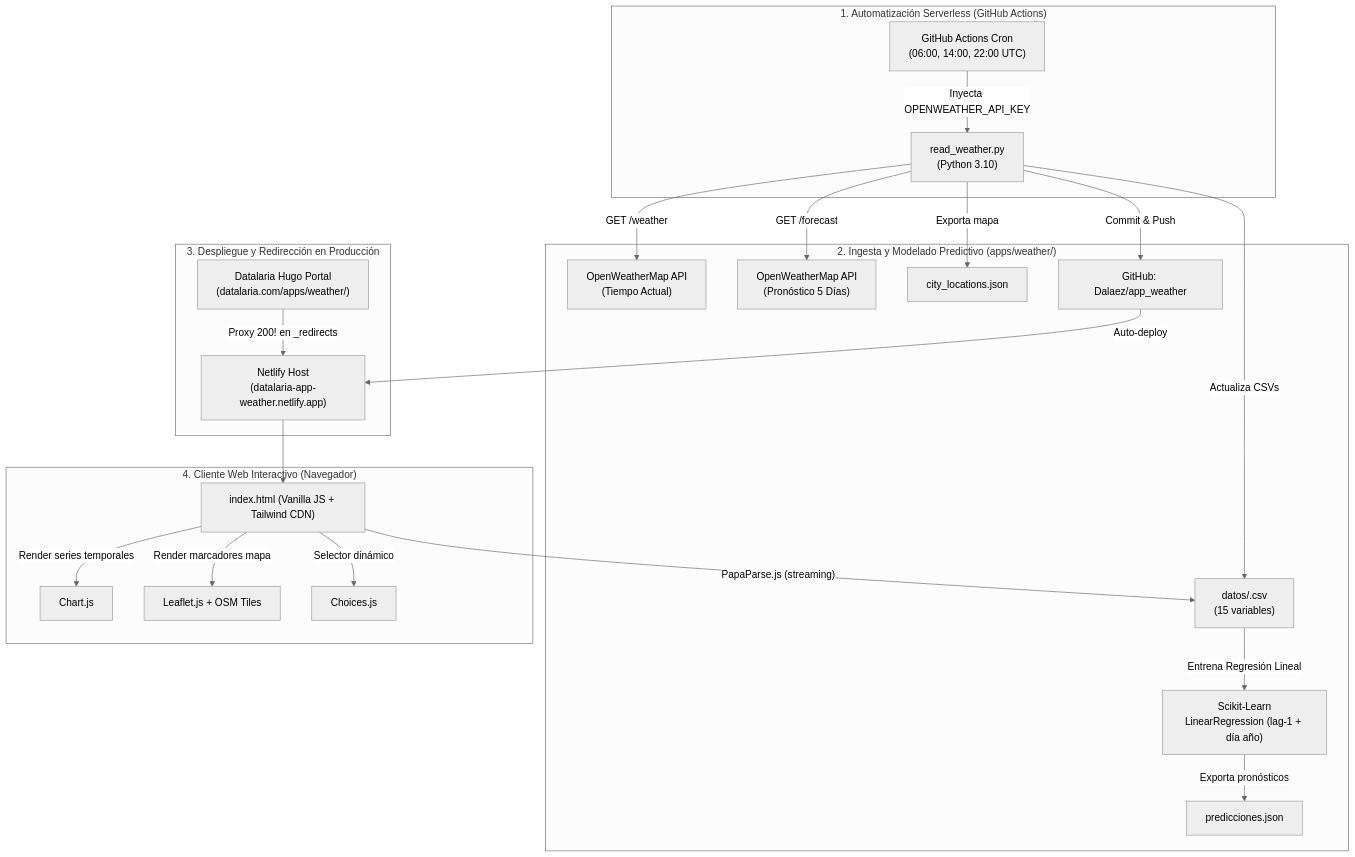
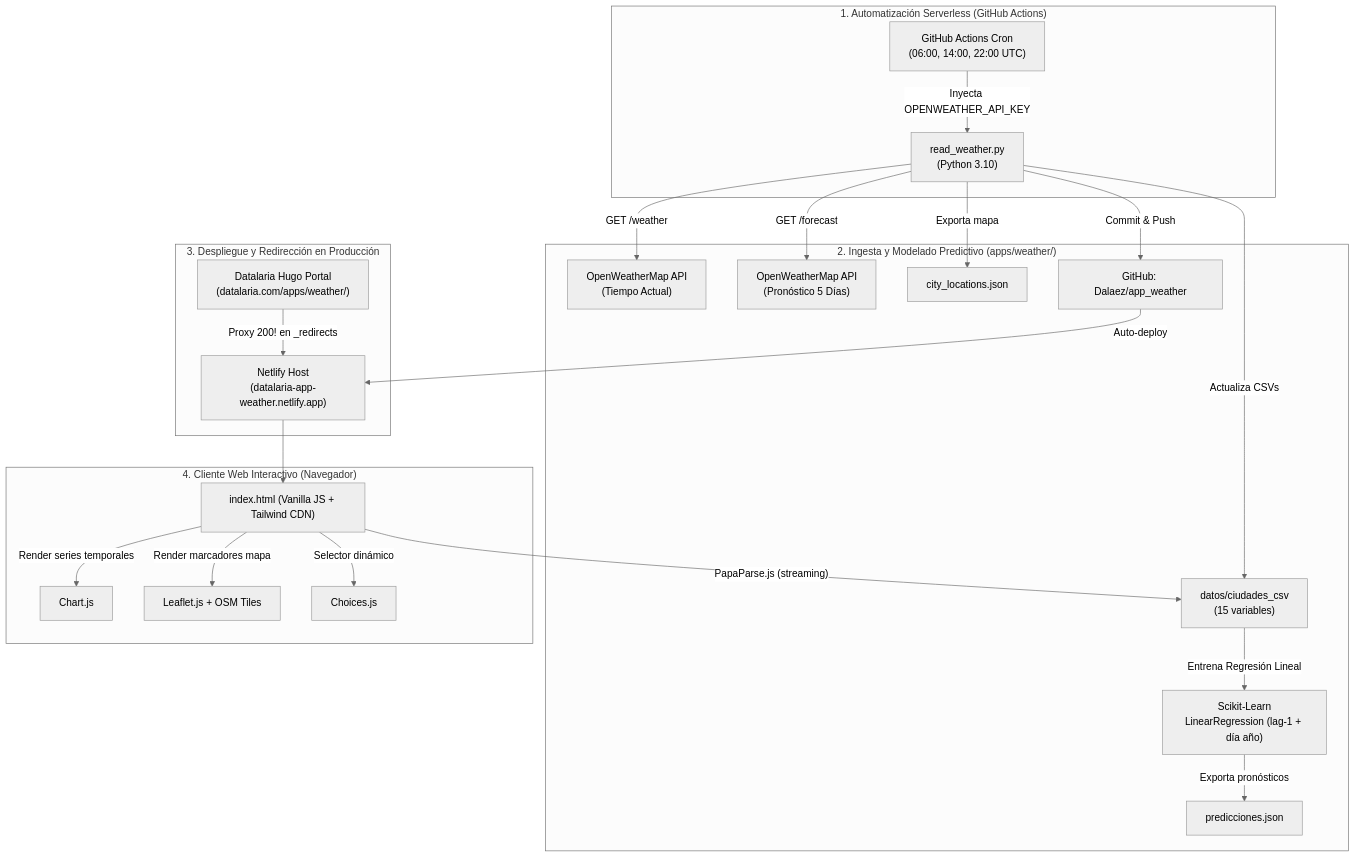
The diagram in specs/apps/weather/spec.md (Dalaez/datalaria-website), drawn with Mermaid (neutral theme) before and after one commit. The commit also changed 7 other files, not shown here.

Commit message:
fix(portal): optimize 16:10 app cover aspect ratios, badge contrast and fix Mermaid syntax

````diff
--- a/specs/apps/weather/spec.md
+++ b/specs/apps/weather/spec.md
@@ -51,29 +51,29 @@
 ```mermaid
 flowchart TD
     subgraph CRON["1. Automatización Serverless (GitHub Actions)"]
         GHA["GitHub Actions Cron\n(06:00, 14:00, 22:00 UTC)"] -->|"Inyecta OPENWEATHER_API_KEY"| PY["read_weather.py\n(Python 3.10)"]
     end
 
     subgraph ETL["2. Ingesta y Modelado Predictivo (apps/weather/)"]
         PY -->|"GET /weather"| OWM_CURRENT["OpenWeatherMap API\n(Tiempo Actual)"]
         PY -->|"GET /forecast"| OWM_FORECAST["OpenWeatherMap API\n(Pronóstico 5 Días)"]
-        PY -->|"Actualiza CSVs"| DATA_CSV["datos/<Ciudad>.csv\n(15 variables)"]
+        PY -->|"Actualiza CSVs"| DATA_CSV["datos/ciudades_csv\n(15 variables)"]
         DATA_CSV -->|"Entrena Regresión Lineal"| ML["Scikit-Learn\nLinearRegression (lag-1 + día año)"]
         ML -->|"Exporta pronósticos"| PRED["predicciones.json"]
         PY -->|"Exporta mapa"| MAP_JSON["city_locations.json"]
         PY -->|"Commit & Push"| REPO["GitHub: Dalaez/app_weather"]
     end
 
     subgraph SERVING["3. Despliegue y Redirección en Producción"]
         REPO -->|"Auto-deploy"| NETLIFY["Netlify Host\n(datalaria-app-weather.netlify.app)"]
         PORTAL["Datalaria Hugo Portal\n(datalaria.com/apps/weather/)"] -->|"Proxy 200! en _redirects"| NETLIFY
     end
 
     subgraph CLIENT["4. Cliente Web Interactivo (Navegador)"]
         NETLIFY --> BROWSER["index.html (Vanilla JS + Tailwind CDN)"]
         BROWSER -->|"PapaParse.js (streaming)"| DATA_CSV
         BROWSER -->|"Render series temporales"| CHART["Chart.js"]
         BROWSER -->|"Render marcadores mapa"| LEAFLET["Leaflet.js + OSM Tiles"]
         BROWSER -->|"Selector dinámico"| CHOICES["Choices.js"]
     end
 ```
````
